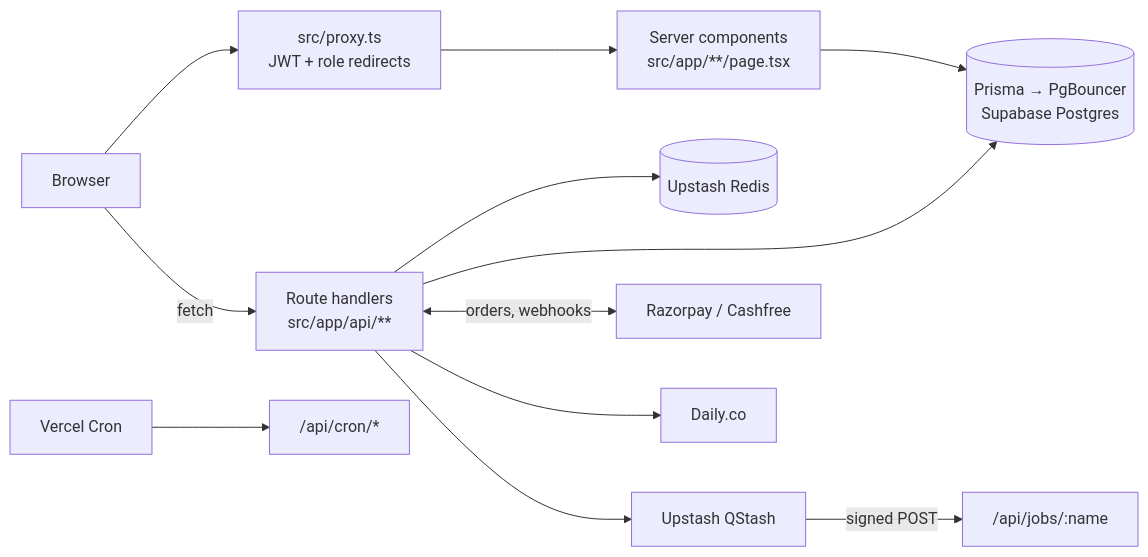
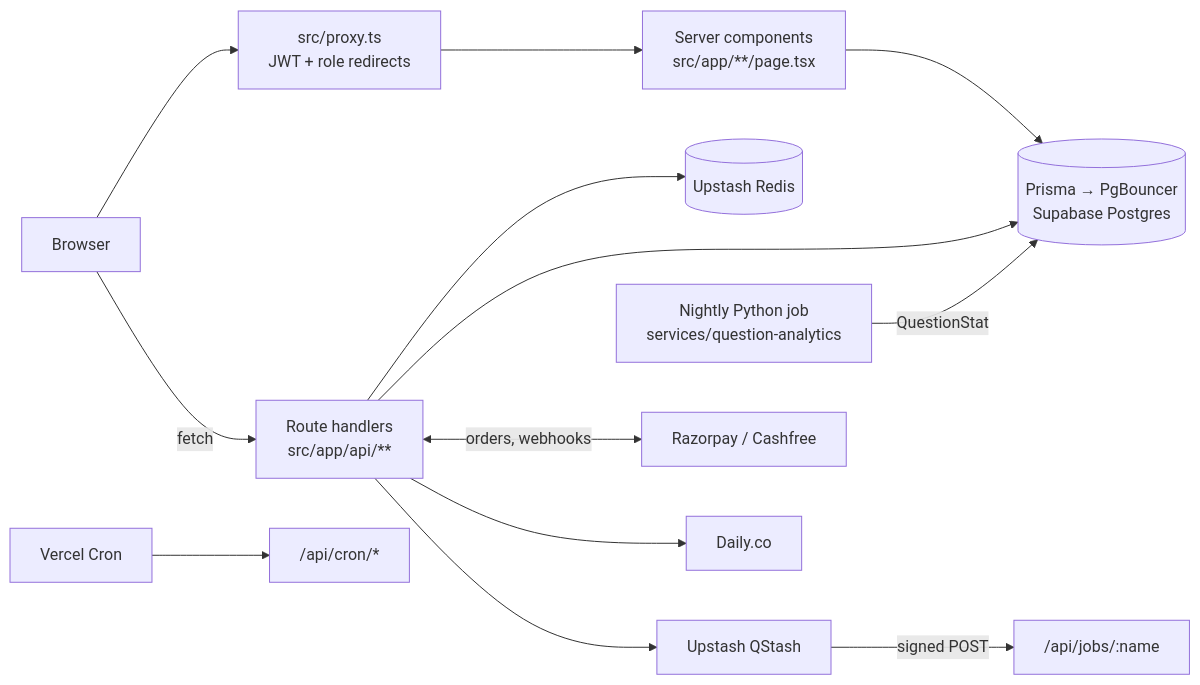
Before and after one commit to Webnexis252/divergent: the diagram in README.md, drawn with Mermaid. The commit also changed other lines of this file and 34 other files, not shown here.

First line of the commit message:
feat: nightly exam question analysis (Python service + teacher view)

````diff
--- a/README.md
+++ b/README.md
@@ -33,13 +34,14 @@
 ```mermaid
 flowchart LR
   B["Browser"] --> P["src/proxy.ts<br/>JWT + role redirects"]
   P --> Pages["Server components<br/>src/app/**/page.tsx"]
   B -->|fetch| API["Route handlers<br/>src/app/api/**"]
   Pages --> DB[("Prisma → PgBouncer<br/>Supabase Postgres")]
   API --> DB
   API --> R[("Upstash Redis")]
   API --> Q["Upstash QStash"] -->|signed POST| J["/api/jobs/:name"]
   Cron["Vercel Cron"] --> C["/api/cron/*"]
+  Nightly["Nightly Python job<br/>services/question-analytics"] -->|QuestionStat| DB
   API <-->|orders, webhooks| Pay["Razorpay / Cashfree"]
   API --> Daily["Daily.co"]
 ```
````
